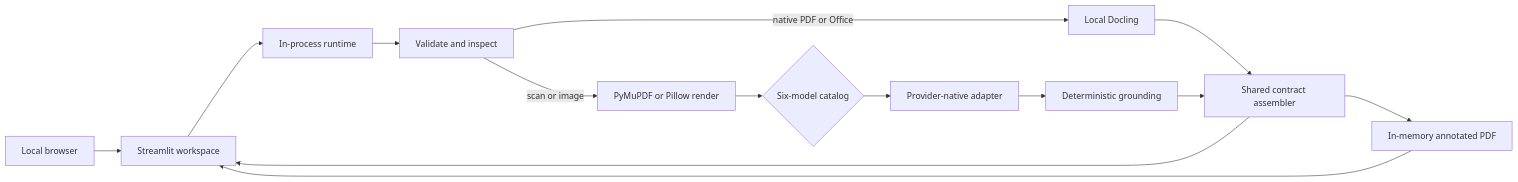
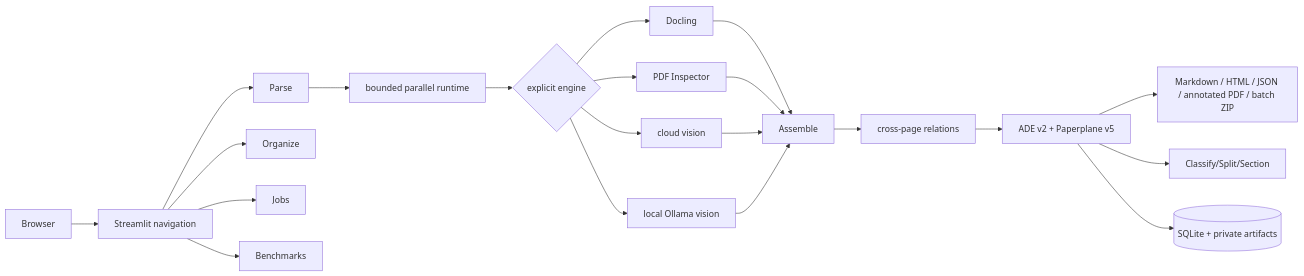
Before and after one commit to pypi-ahmad/Agentic-Document-Extraction: the diagram in docs/ARCHITECTURE.md, drawn with Mermaid. The commit also changed other lines of this file and 33 other files, not shown here.

Commit message:
docs: rewrite guidance for the Paperplane 5 workspace

````diff
--- a/docs/ARCHITECTURE.md
+++ b/docs/ARCHITECTURE.md
@@ -7,16 +8,23 @@
 ```mermaid
 flowchart LR
-    User[Local browser] --> UI[Streamlit workspace]
-    UI --> Runtime[In-process runtime]
-    Runtime --> Inspect[Validate and inspect]
-    Inspect -->|native PDF or Office| Docling[Local Docling]
-    Inspect -->|scan or image| Render[PyMuPDF or Pillow render]
-    Render --> Catalog{Six-model catalog}
-    Catalog --> Adapter[Provider-native adapter]
-    Adapter --> Ground[Deterministic grounding]
-    Docling --> Assemble[Shared contract assembler]
-    Ground --> Assemble
-    Assemble --> Evidence[In-memory annotated PDF]
-    Assemble --> UI
-    Evidence --> UI
+  Browser --> Navigation[Streamlit navigation]
+  Navigation --> Parse
+  Navigation --> Organize
+  Navigation --> Jobs
+  Navigation --> Benchmarks
+  Parse --> Runtime[bounded parallel runtime]
+  Runtime --> Engines{explicit engine}
+  Engines --> Docling
+  Engines --> Inspector[PDF Inspector]
+  Engines --> Cloud[cloud vision]
+  Engines --> Ollama[local Ollama vision]
+  Docling --> Assemble
+  Inspector --> Assemble
+  Cloud --> Assemble
+  Ollama --> Assemble
+  Assemble --> Intelligence[cross-page relations]
+  Intelligence --> Contracts[ADE v2 + Paperplane v5]
+  Contracts --> Outputs[Markdown / HTML / JSON / annotated PDF / batch ZIP]
+  Contracts --> Workflows[Classify/Split/Section]
+  Contracts --> Store[(SQLite + private artifacts)]
 ```
````
